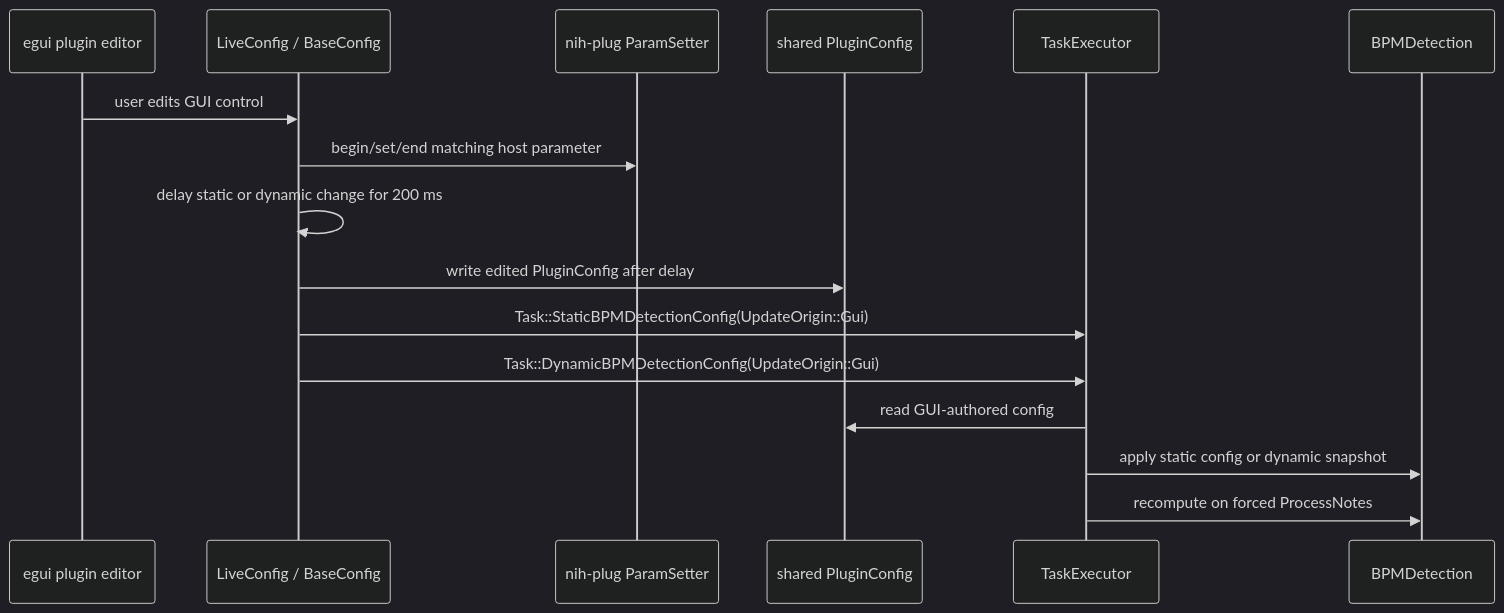
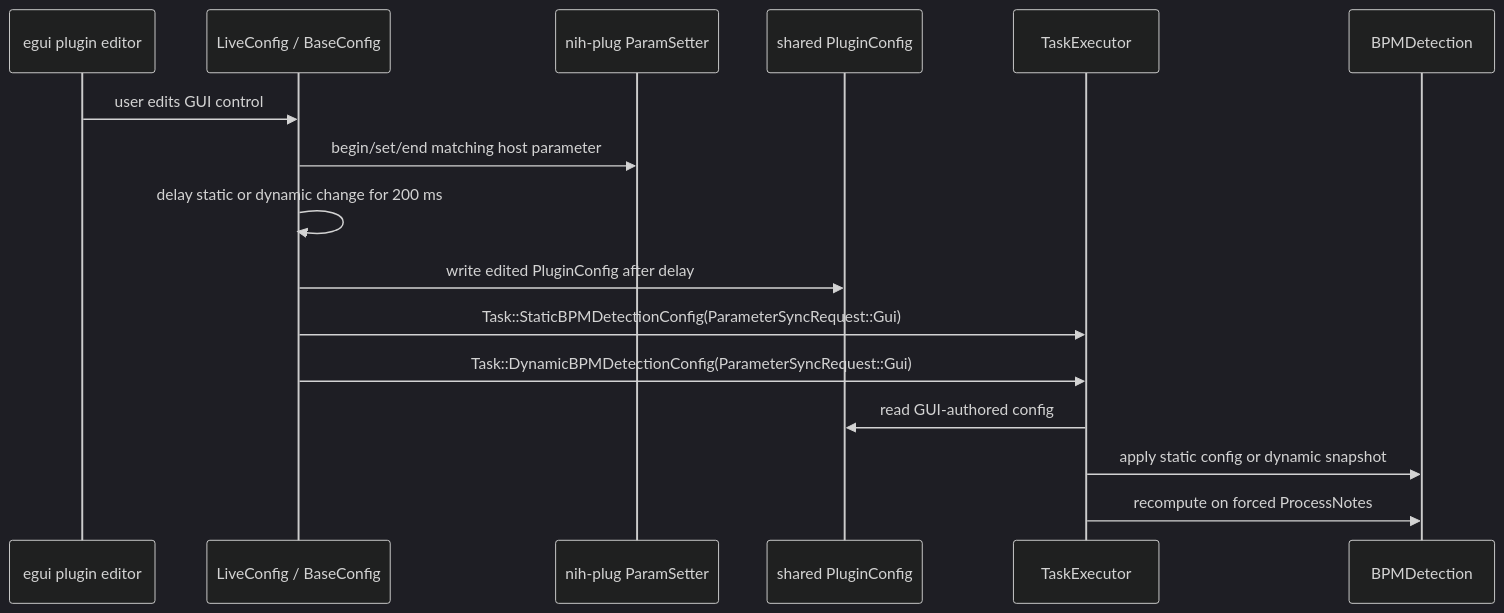
The sixth of 11 diagrams in docs/runtime-lifecycle.md (valsteen/midi_bpm_detection), drawn with Mermaid (dark theme) before and after one commit. The commit also changed other lines of this file and 6 other files, not shown here.

Commit message:
Name plugin parameter sync origin

````diff
--- a/docs/runtime-lifecycle.md
+++ b/docs/runtime-lifecycle.md
@@ -225,19 +225,19 @@
 ```mermaid
 sequenceDiagram
     participant Editor as egui plugin editor
     participant Live as LiveConfig / BaseConfig
     participant Setter as nih-plug ParamSetter
     participant Config as shared PluginConfig
     participant Exec as TaskExecutor
     participant Model as BPMDetection
 
     Editor->>Live: user edits GUI control
     Live->>Setter: begin/set/end matching host parameter
     Live->>Live: delay static or dynamic change for 200 ms
     Live->>Config: write edited PluginConfig after delay
-    Live->>Exec: Task::StaticBPMDetectionConfig(UpdateOrigin::Gui)
-    Live->>Exec: Task::DynamicBPMDetectionConfig(UpdateOrigin::Gui)
+    Live->>Exec: Task::StaticBPMDetectionConfig(ParameterSyncRequest::Gui)
+    Live->>Exec: Task::DynamicBPMDetectionConfig(ParameterSyncRequest::Gui)
     Exec->>Config: read GUI-authored config
     Exec->>Model: apply static config or dynamic snapshot
     Exec->>Model: recompute on forced ProcessNotes
 ```
````
